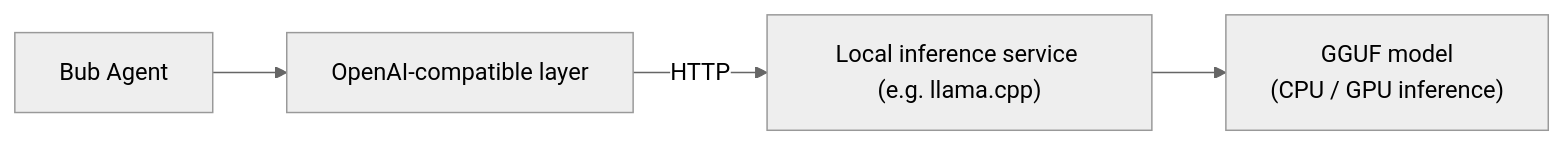
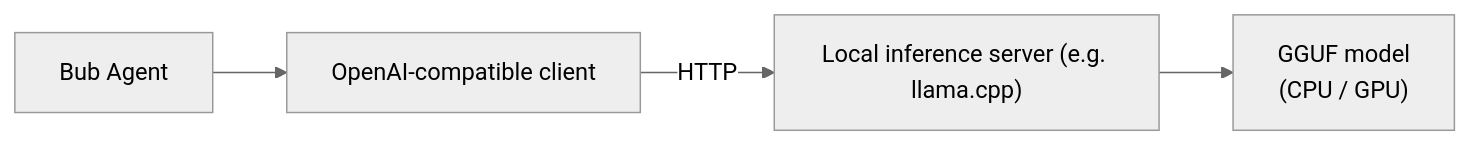
Before and after one commit to bubbuild/bub: the diagram in website/src/content/docs/docs/integrations/local-models.mdx, drawn with Mermaid (neutral theme). The commit also changed other lines of this file and 74 other files, not shown here.

````diff
--- a/website/src/content/docs/docs/integrations/local-models.mdx
+++ b/website/src/content/docs/docs/integrations/local-models.mdx
@@ -10,11 +10,11 @@
 ```mermaid
 flowchart LR
     Bub["Bub Agent"]
-    OpenAI["OpenAI-compatible layer"]
-    LocalServer["Local inference service (e.g. llama.cpp)"]
-    Model["GGUF model\n(CPU / GPU inference)"]
+    OpenAI["OpenAI-compatible client"]
+    LocalServer["Local inference server (e.g. llama.cpp)"]
+    Model["GGUF model\n(CPU / GPU)"]
 
     Bub --> OpenAI
     OpenAI -->|"HTTP"| LocalServer
     LocalServer --> Model
 ```
````
